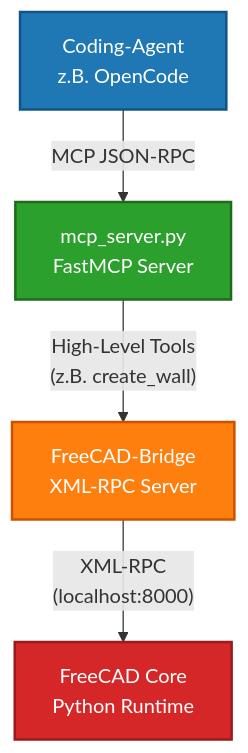
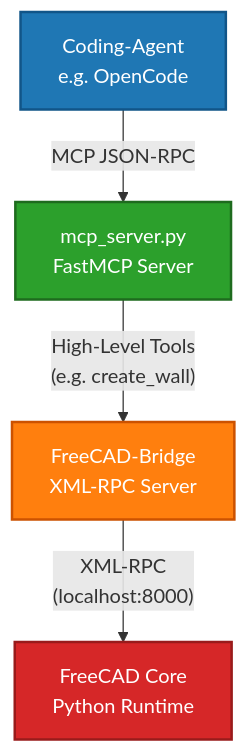
The diagram in README.md (ascriba/freecad-bim-agent), drawn with Mermaid before and after one commit. The commit also changed other lines of this file and 4 other files, not shown here.

First line of the commit message:
feat: create_space + add/remove_space_boundary Tools, execute_python Sicherheitsdialog, README EN/DE

````diff
--- a/README.md
+++ b/README.md
@@ -11,16 +13,16 @@
 ```mermaid
 graph TD
-    Agent[Coding-Agent <br> z.B. OpenCode]
+    Agent[Coding-Agent <br> e.g. OpenCode]
     Server[mcp_server.py <br> FastMCP Server]
     Bridge[FreeCAD-Bridge <br> XML-RPC Server]
     FC[FreeCAD Core <br> Python Runtime]
 
     Agent -- "MCP JSON-RPC" --> Server
-    Server -- "High-Level Tools <br> (z.B. create_wall)" --> Bridge
+    Server -- "High-Level Tools <br> (e.g. create_wall)" --> Bridge
     Bridge -- "XML-RPC <br> (localhost:8000)" --> FC
 
     style Agent fill:#1f77b4,stroke:#115588,stroke-width:2px,color:#fff
     style Server fill:#2ca02c,stroke:#1e6b1e,stroke-width:2px,color:#fff
     style Bridge fill:#ff7f0e,stroke:#cc5200,stroke-width:2px,color:#fff
     style FC fill:#d62728,stroke:#991b1b,stroke-width:2px,color:#fff
    ```
````
